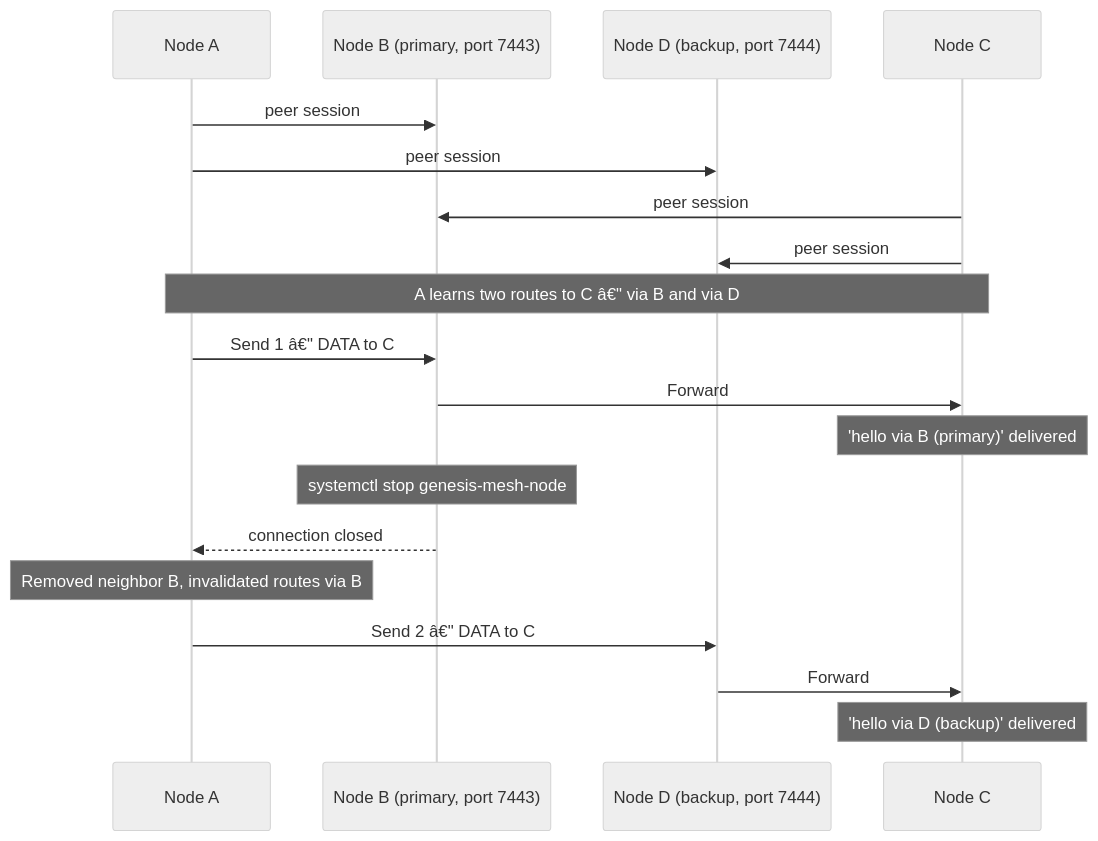
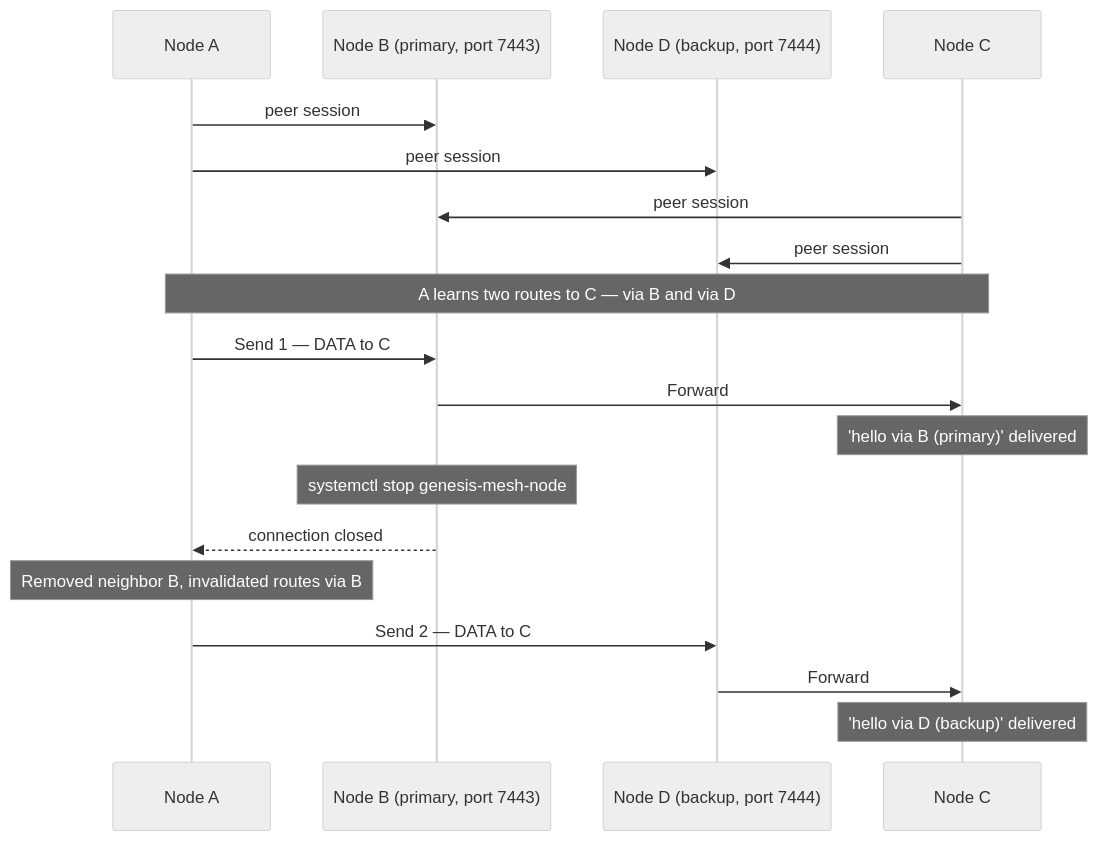
One commit to GenesisMeshLabs/genesismesh changed the fifth of 6 diagrams in docs/examples/demos-capability.md. Above: the diagram before and after it, drawn with Mermaid (neutral theme). The commit also changed other lines of this file and 119 other files, not shown here.

````diff
--- a/docs/examples/demos-capability.md
+++ b/docs/examples/demos-capability.md
@@ -384,25 +455,25 @@
 ```{mermaid}
 sequenceDiagram
     participant A as Node A
     participant B as Node B (primary, port 7443)
     participant D as Node D (backup, port 7444)
     participant C as Node C
 
     A->>B: peer session
     A->>D: peer session
     C->>B: peer session
     C->>D: peer session
-    note over A,C: A learns two routes to C â€" via B and via D
+    note over A,C: A learns two routes to C — via B and via D
 
-    A->>B: Send 1 â€" DATA to C
+    A->>B: Send 1 — DATA to C
     B->>C: Forward
     note over C: 'hello via B (primary)' delivered
 
     note over B: systemctl stop genesis-mesh-node
     B-->>A: connection closed
     note over A: Removed neighbor B, invalidated routes via B
 
-    A->>D: Send 2 â€" DATA to C
+    A->>D: Send 2 — DATA to C
     D->>C: Forward
     note over C: 'hello via D (backup)' delivered
 ```
````
